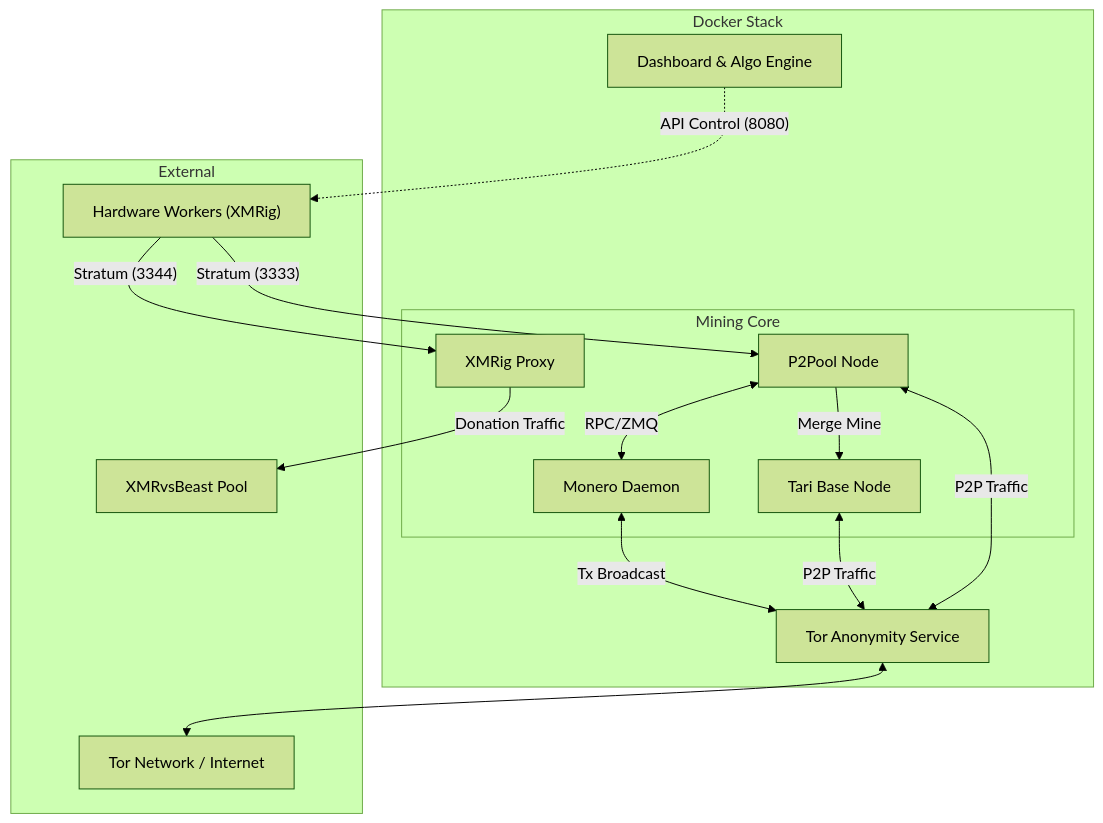
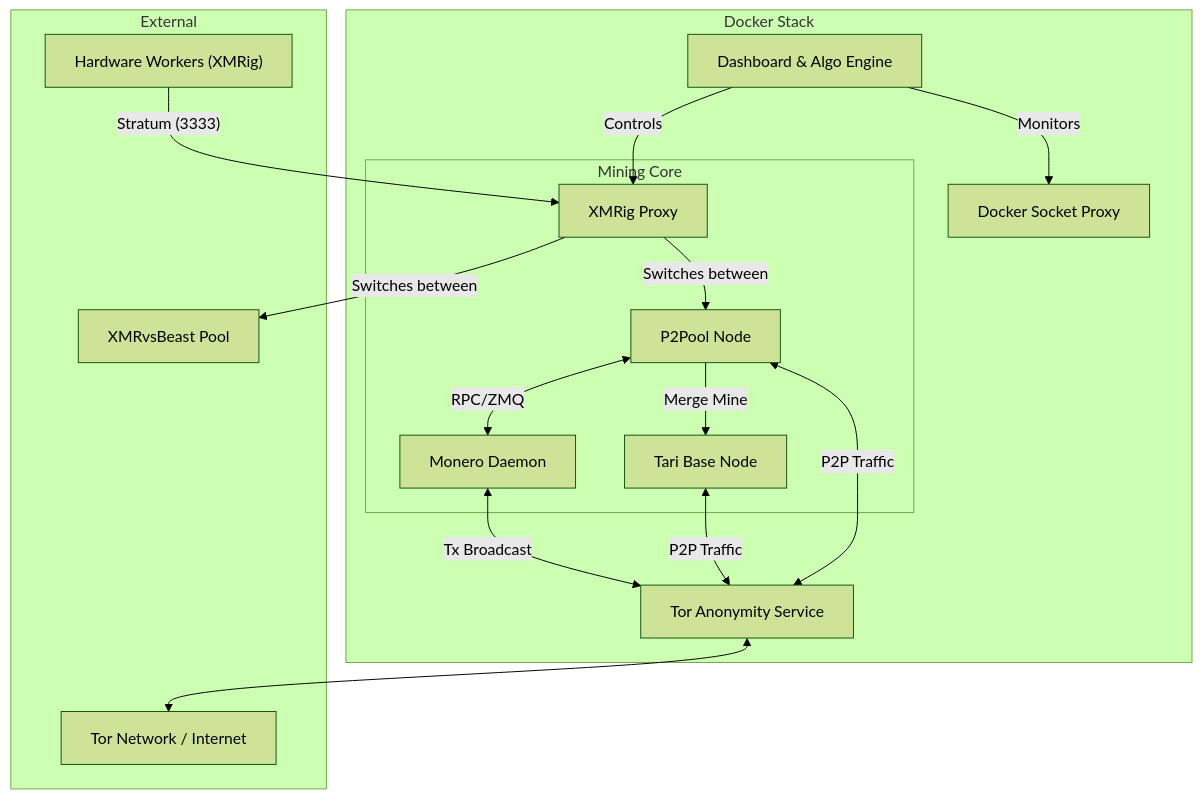
Before and after one commit to p2pool-starter-stack/p2pool-starter-stack: the diagram in Readme.md, drawn with Mermaid (forest theme). The commit also changed other lines of this file and 1 other file, not shown here.

````diff
--- a/Readme.md
+++ b/Readme.md
@@ -26,35 +28,38 @@
 ```mermaid
 graph TD
     subgraph "Docker Stack"
         Dashboard[Dashboard & Algo Engine]
         Tor[Tor Anonymity Service]
+        DockerProxy[Docker Socket Proxy]
         
         subgraph "Mining Core"
             Monerod[Monero Daemon]
             P2Pool[P2Pool Node]
             Tari[Tari Base Node]
             Proxy[XMRig Proxy]
         end
     end
 
     subgraph "External"
         Workers["Hardware Workers (XMRig)"]
         XvB[XMRvsBeast Pool]
         Internet[Tor Network / Internet]
     end
 
-    Workers -- "Stratum (3333)" --> P2Pool
-    Workers -- "Stratum (3344)" --> Proxy
-    Dashboard -.->|"API Control (8080)"| Workers
+    Workers -- "Stratum (3333)" --> Proxy
     
-    Proxy -->|Donation Traffic| XvB
+    Dashboard -- "Controls" --> Proxy
+    Dashboard -- "Monitors" --> DockerProxy
+    
+    Proxy -- "Switches between" --> P2Pool
+    Proxy -- "Switches between" --> XvB
     
     P2Pool <-->|RPC/ZMQ| Monerod
     P2Pool -->|Merge Mine| Tari
     
     Monerod <-->|Tx Broadcast| Tor
     Tari <-->|P2P Traffic| Tor
     P2Pool <-->|P2P Traffic| Tor
     
     Tor <--> Internet
 ```
````
